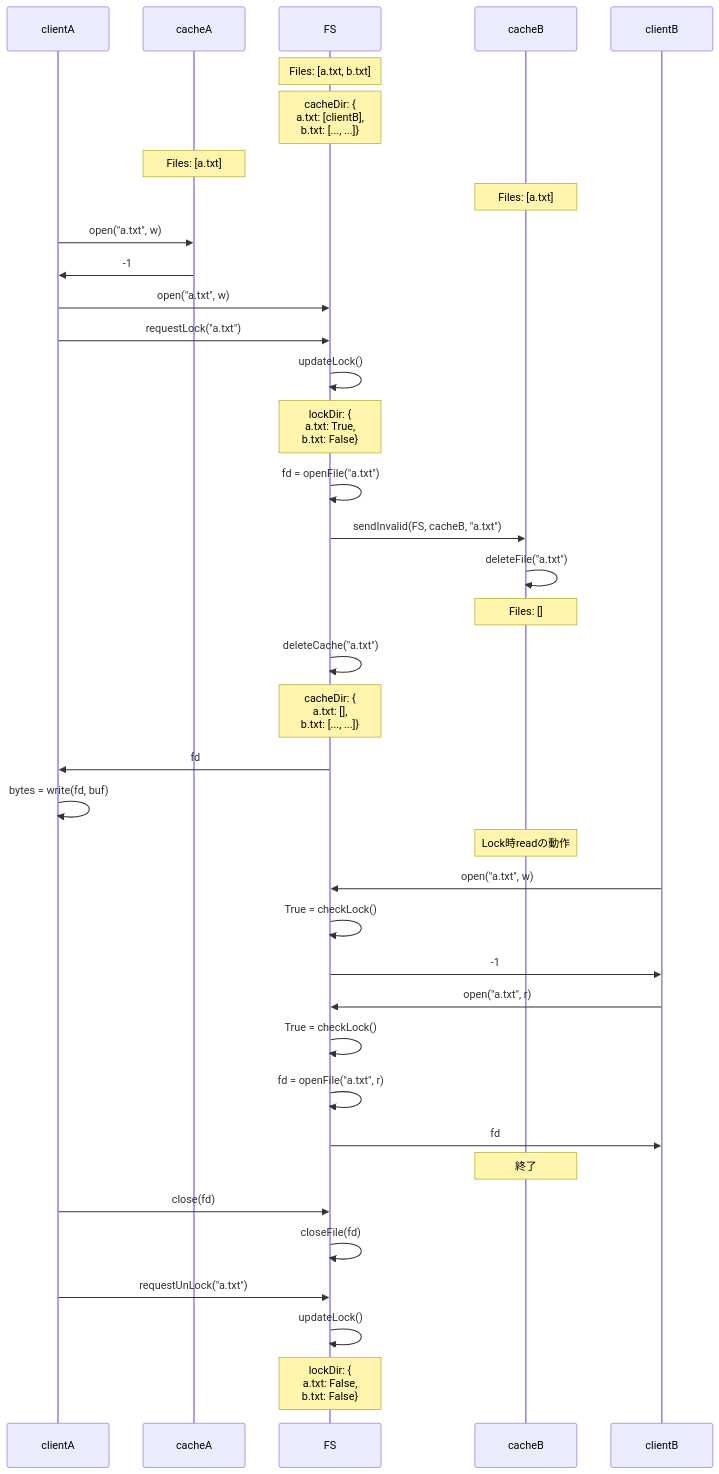
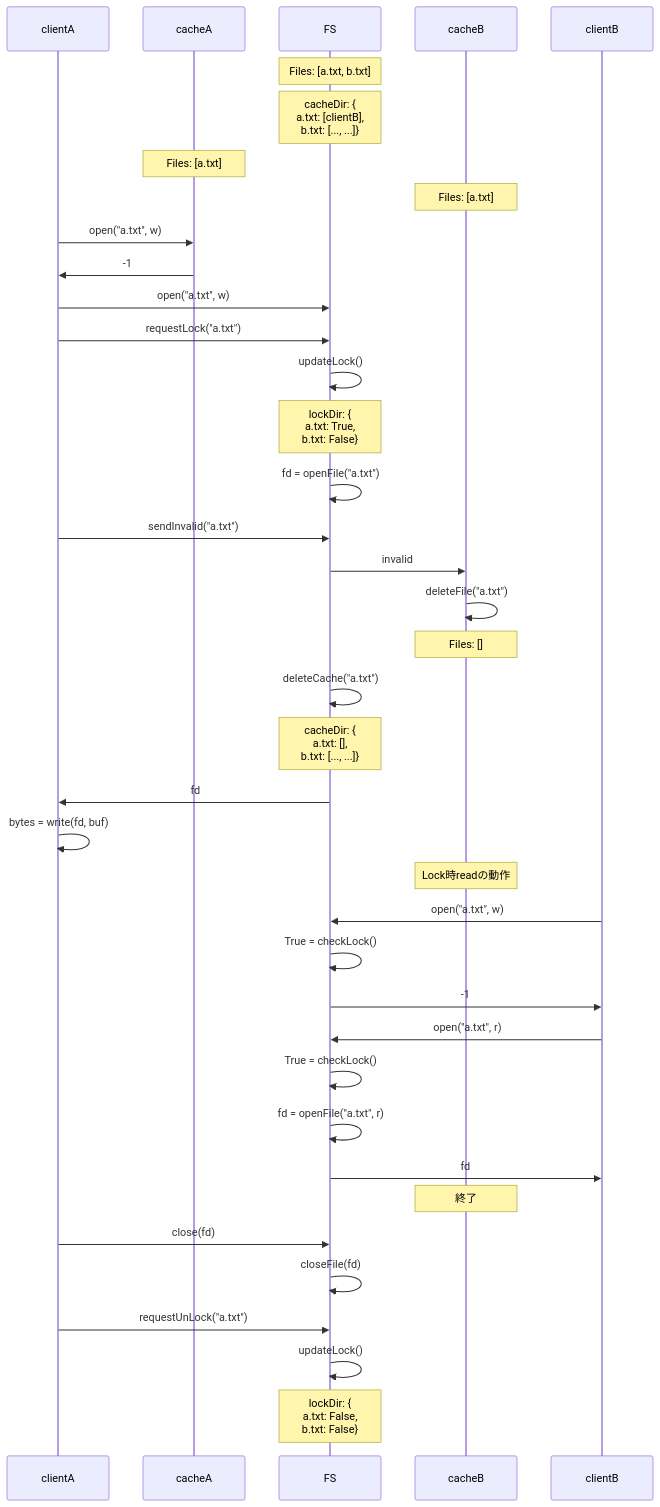
One commit to bishopfunc/os-b-dfs changed the third of 4 diagrams in README.md. Above: the diagram before and after it, drawn with Mermaid. The commit also changed other lines of this file, not shown here.

````diff
--- a/README.md
+++ b/README.md
@@ -70,47 +77,48 @@
 ```mermaid
 sequenceDiagram
     participant clientA as clientA
     participant cacheA as cacheA
     participant FS as FS
     participant cacheB as cacheB
     participant clientB as clientB
     Note over FS: Files: [a.txt, b.txt]
     Note over FS: cacheDir: {<br>a.txt: [clientB], <br>b.txt: [..., ...]} 
     Note over cacheA: Files: [a.txt]    
     Note over cacheB: Files: [a.txt] 
 
     clientA->>cacheA: open("a.txt", w)
     cacheA->>clientA: -1
     clientA->>FS: open("a.txt", w)
     clientA->>FS: requestLock("a.txt")
     FS->>FS :updateLock()
     Note over FS: lockDir: {<br>a.txt: True, <br>b.txt: False} 
 
     FS->>FS: fd = openFile("a.txt")
-    FS->>cacheB: sendInvalid(FS, cacheB, "a.txt")
+    clientA->>FS: sendInvalid("a.txt")
+    FS->>cacheB: invalid
     cacheB->>cacheB: deleteFile("a.txt")
     Note over cacheB: Files: []
 
     FS->>FS: deleteCache("a.txt")
     Note over FS: cacheDir: {<br>a.txt: [], <br>b.txt: [..., ...]} 
     FS->>clientA: fd
     clientA->>clientA: bytes = write(fd, buf)
 
     Note over cacheB: Lock時readの動作
     clientB->>FS: open("a.txt", w)
     FS->>FS: True = checkLock()
     FS->>clientB: -1
     clientB->>FS: open("a.txt", r)
     FS->>FS: True = checkLock()
     FS->>FS: fd = openFile("a.txt", r)
     FS->>clientB: fd
     Note over cacheB: 終了
 
     clientA->>FS: close(fd)
     FS->>FS: closeFile(fd)
 
     clientA->>FS: requestUnLock("a.txt")
     FS->>FS :updateLock()
     Note over FS: lockDir: {<br>a.txt: False, <br>b.txt: False} 
 
 ```
````
